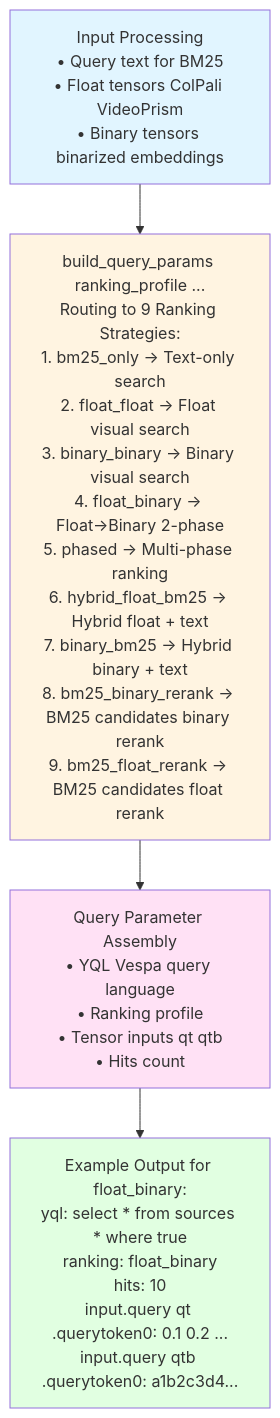
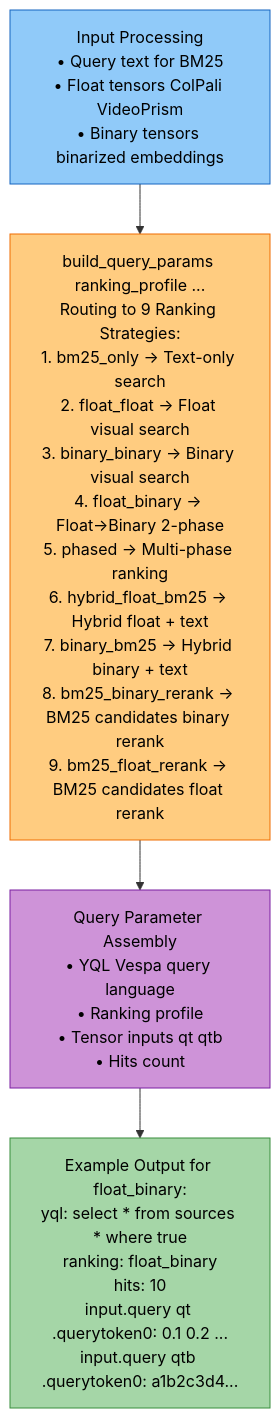
Before and after one commit to amit-jain/cogniverse: the third of 3 diagrams in docs/modules/utils.md, drawn with Mermaid. The commit also changed other lines of this file and 83 other files, not shown here.

First line of the commit message:
Fix documentation veracity, formatting, and diagrams across all modules

````diff
--- a/docs/modules/utils.md
+++ b/docs/modules/utils.md
@@ -110,19 +113,19 @@
 ```mermaid
-graph TB
-    INPUT[Input Processing<br/>• Query text for BM25<br/>• Float tensors ColPali VideoPrism<br/>• Binary tensors binarized embeddings]
+flowchart TB
+    INPUT["<span style='color:#000'>Input Processing<br/>• Query text for BM25<br/>• Float tensors ColPali VideoPrism<br/>• Binary tensors binarized embeddings</span>"]
 
-    BUILD[build_query_params ranking_profile ...<br/>Routing to 9 Ranking Strategies:<br/>1. bm25_only → Text-only search<br/>2. float_float → Float visual search<br/>3. binary_binary → Binary visual search<br/>4. float_binary → Float→Binary 2-phase<br/>5. phased → Multi-phase ranking<br/>6. hybrid_float_bm25 → Hybrid float + text<br/>7. binary_bm25 → Hybrid binary + text<br/>8. bm25_binary_rerank → BM25 candidates binary rerank<br/>9. bm25_float_rerank → BM25 candidates float rerank]
+    BUILD["<span style='color:#000'>build_query_params ranking_profile ...<br/>Routing to 9 Ranking Strategies:<br/>1. bm25_only → Text-only search<br/>2. float_float → Float visual search<br/>3. binary_binary → Binary visual search<br/>4. float_binary → Float→Binary 2-phase<br/>5. phased → Multi-phase ranking<br/>6. hybrid_float_bm25 → Hybrid float + text<br/>7. binary_bm25 → Hybrid binary + text<br/>8. bm25_binary_rerank → BM25 candidates binary rerank<br/>9. bm25_float_rerank → BM25 candidates float rerank</span>"]
 
-    ASSEMBLE[Query Parameter Assembly<br/>• YQL Vespa query language<br/>• Ranking profile<br/>• Tensor inputs qt qtb<br/>• Hits count]
+    ASSEMBLE["<span style='color:#000'>Query Parameter Assembly<br/>• YQL Vespa query language<br/>• Ranking profile<br/>• Tensor inputs qt qtb<br/>• Hits count</span>"]
 
-    OUTPUT[Example Output for float_binary:<br/>yql: select * from sources * where true<br/>ranking: float_binary<br/>hits: 10<br/>input.query qt .querytoken0: 0.1 0.2 ...<br/>input.query qtb .querytoken0: a1b2c3d4...]
+    OUTPUT["<span style='color:#000'>Example Output for float_binary:<br/>yql: select * from sources * where true<br/>ranking: float_binary<br/>hits: 10<br/>input.query qt .querytoken0: 0.1 0.2 ...<br/>input.query qtb .querytoken0: a1b2c3d4...</span>"]
 
     INPUT --> BUILD
     BUILD --> ASSEMBLE
     ASSEMBLE --> OUTPUT
 
-    style INPUT fill:#e1f5ff
-    style BUILD fill:#fff4e1
-    style ASSEMBLE fill:#ffe1f5
-    style OUTPUT fill:#e1ffe1
+    style INPUT fill:#90caf9,stroke:#1565c0,color:#000
+    style BUILD fill:#ffcc80,stroke:#ef6c00,color:#000
+    style ASSEMBLE fill:#ce93d8,stroke:#7b1fa2,color:#000
+    style OUTPUT fill:#a5d6a7,stroke:#388e3c,color:#000
 ```
````
